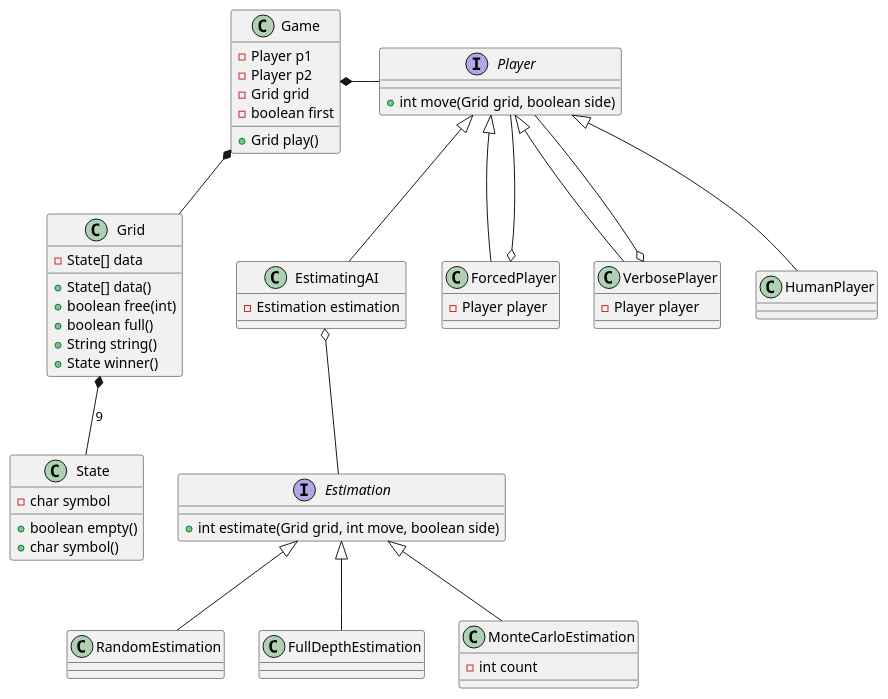
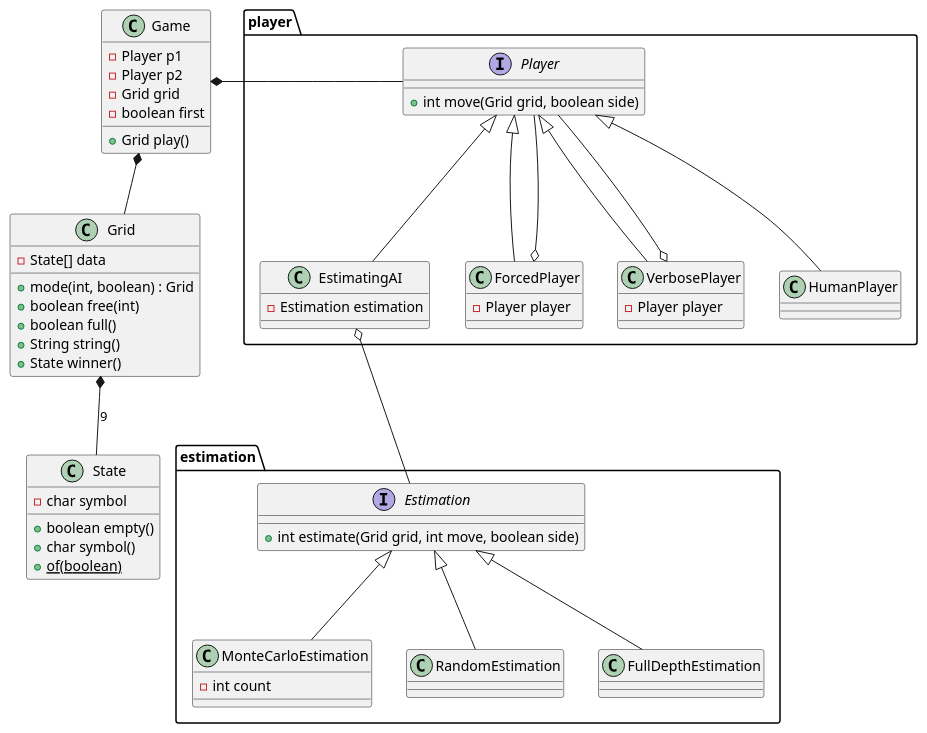
One commit to Zefick/elegant-tictactoe changed the diagram in classes.plantuml. Above: the diagram before and after it, drawn with PlantUML. The commit also changed 1 other file, not shown here.

Commit message:
udate class diagram

```diff
--- a/classes.plantuml
+++ b/classes.plantuml
@@ -1,73 +1,78 @@
 @startuml
 
 class Game {
   -Player p1
   -Player p2
   -Grid grid
   -boolean first
   +Grid play()
 }
 
 class Grid {
   -State[] data
-  +State[] data()
+  +mode(int, boolean) : Grid
   +boolean free(int)
   +boolean full()
   +String string()
   +State winner()
 }
 
 Grid *-- State : 9
 Game *-- Grid
 
 class State {
   -char symbol
   +boolean empty()
   +char symbol()
+  +{static} of(boolean)
 }
 
-interface Player {
-  +int move(Grid grid, boolean side)
+
+Game *- player.Player
+
+namespace estimation {
+
+    interface Estimation {
+      +int estimate(Grid grid, int move, boolean side)
+    }
+
+    class MonteCarloEstimation {
+      -int count
+    }
+    class RandomEstimation
+    class FullDepthEstimation
+    
+    Estimation <|-- MonteCarloEstimation 
+    Estimation <|-- RandomEstimation
+    Estimation <|-- FullDepthEstimation
 }
 
-Game *- Player
+namespace player {
 
+    interface Player {
+      +int move(Grid grid, boolean side)
+    }
 
-interface Estimation {
-  +int estimate(Grid grid, int move, boolean side)
+    class EstimatingAI {
+      -Estimation estimation
+    }
+    
+    class ForcedPlayer {
+      -Player player
+    }
+    
+    class VerbosePlayer {
+      -Player player
+    }
+    EstimatingAI o-- estimation.Estimation
+
+    VerbosePlayer o-- Player
+    ForcedPlayer o-- Player
+    
+    Player <|-- EstimatingAI
+    Player <|-- HumanPlayer
+    Player <|-- ForcedPlayer
+    Player <|-- VerbosePlayer
 }
 
-class EstimatingAI {
-  -Estimation estimation
-}
-
-class ForcedPlayer {
-  -Player player
-}
-
-class VerbosePlayer {
-  -Player player
-}
-
-EstimatingAI o-- Estimation
-
-VerbosePlayer o-- Player
-ForcedPlayer o-- Player
-
-class RandomEstimation
-class FullDepthEstimation
-
-class MonteCarloEstimation {
-  -int count
-}
-
-Estimation <|-- MonteCarloEstimation 
-Estimation <|-- RandomEstimation
-Estimation <|-- FullDepthEstimation
-
-Player <|-- EstimatingAI
-Player <|-- HumanPlayer
-Player <|-- ForcedPlayer
-Player <|-- VerbosePlayer
-
 @enduml
```
